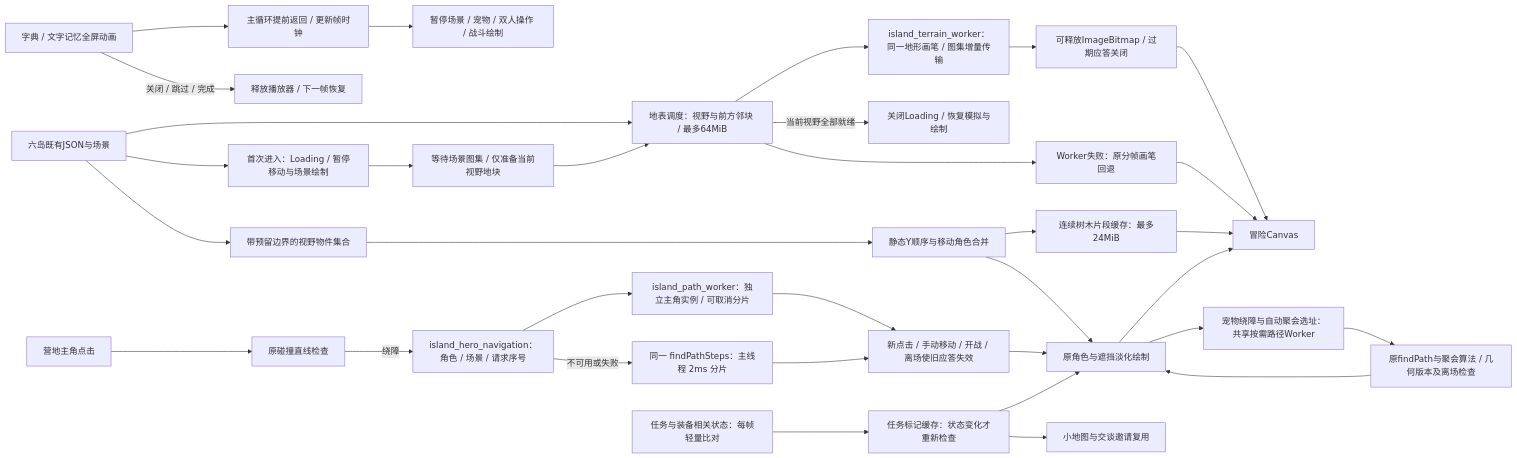
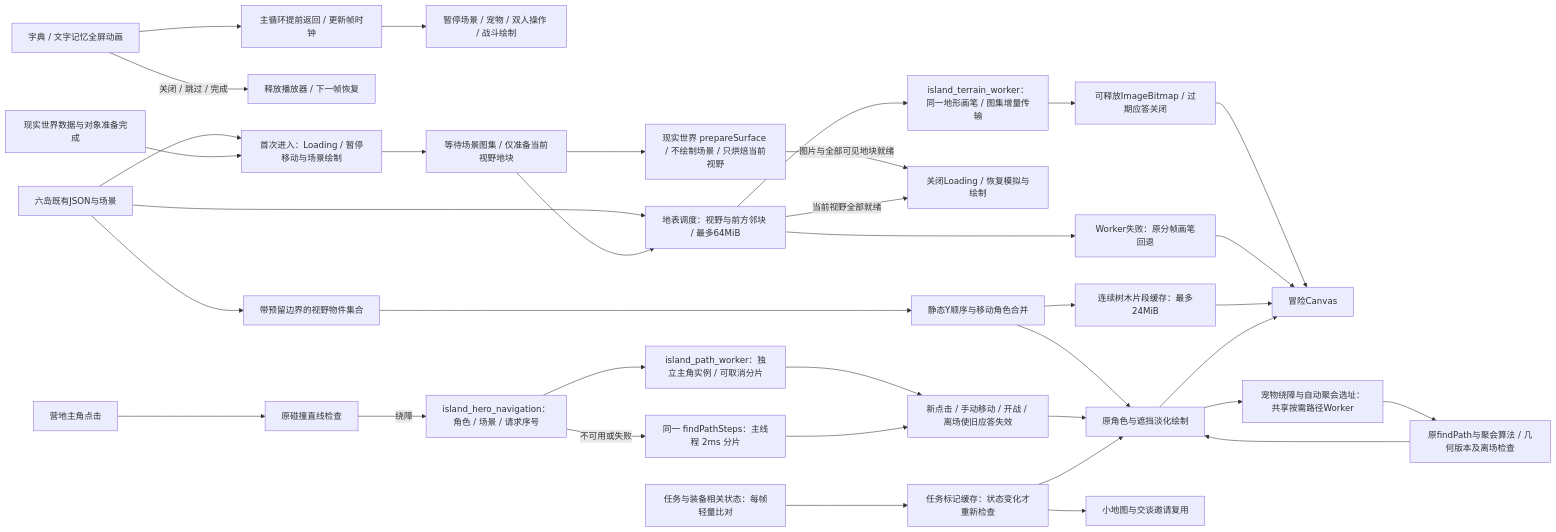
One commit to LiXizhi/HaqiWebTools changed the fifth of 34 diagrams in HaqiCombatSim/docs/architecture.md. Above: the diagram before and after it, drawn with Mermaid. The commit also changed other lines of this file and 86 other files, not shown here.

````diff
--- a/HaqiCombatSim/docs/architecture.md
+++ b/HaqiCombatSim/docs/architecture.md
@@ -66,35 +95,38 @@
 ```mermaid
 flowchart LR
     HanziPlayer[字典 / 文字记忆全屏动画] --> FrameGate[主循环提前返回 / 更新帧时钟]
     FrameGate --> Frozen[暂停场景 / 宠物 / 双人操作 / 战斗绘制]
     HanziPlayer -->|关闭 / 跳过 / 完成| Release[释放播放器 / 下一帧恢复]
     Island[六岛既有JSON与场景] --> ViewSet[带预留边界的视野物件集合]
     ViewSet --> Order[静态Y顺序与移动角色合并]
     Order --> Trees[连续树木片段缓存：最多24MiB]
     Order --> Actors[原角色与遮挡淡化绘制]
     Island --> Tiles[地表调度：视野与前方邻块 / 最多64MiB]
     Island --> Loading[首次进入：Loading / 暂停移动与场景绘制]
     Loading --> Warm[等待场景图集 / 仅准备当前视野地块]
+    Earth[现实世界数据与对象准备完成] --> Loading
+    Warm --> EarthSurface[现实世界 prepareSurface / 不绘制场景 / 只烘焙当前视野]
+    EarthSurface -->|图片与全部可见地块就绪| Resume
     Warm --> Tiles
     Tiles -->|当前视野全部就绪| Resume[关闭Loading / 恢复模拟与绘制]
     Tiles --> Worker[island_terrain_worker：同一地形画笔 / 图集增量传输]
     Worker --> Bitmap[可释放ImageBitmap / 过期应答关闭]
     Tiles --> Fallback[Worker失败：原分帧画笔回退]
     Bitmap --> Canvas[冒险Canvas]
     Fallback --> Canvas
     Trees --> Canvas
     Actors --> Canvas
     Actors --> PetPaths[宠物绕障与自动聚会选址：共享按需路径Worker]
     PetPaths --> OriginalPath[原findPath与聚会算法 / 几何版本及离场检查]
     OriginalPath --> Actors
     Click[营地主角点击] --> Direct[原碰撞直线检查]
     Direct -->|绕障| HeroNav[island_hero_navigation：角色 / 场景 / 请求序号]
     HeroNav --> HeroWorker[island_path_worker：独立主角实例 / 可取消分片]
     HeroNav -->|不可用或失败| HeroFallback[同一 findPathSteps：主线程 2ms 分片]
     HeroWorker --> Valid[新点击 / 手动移动 / 开战 / 离场使旧应答失效]
     HeroFallback --> Valid
     Valid --> Actors
     QuestInputs[任务与装备相关状态：每帧轻量比对] --> MarkerCache[任务标记缓存：状态变化才重新检查]
     MarkerCache --> Actors
     MarkerCache --> Minimap[小地图与交谈邀请复用]
 ```
````
